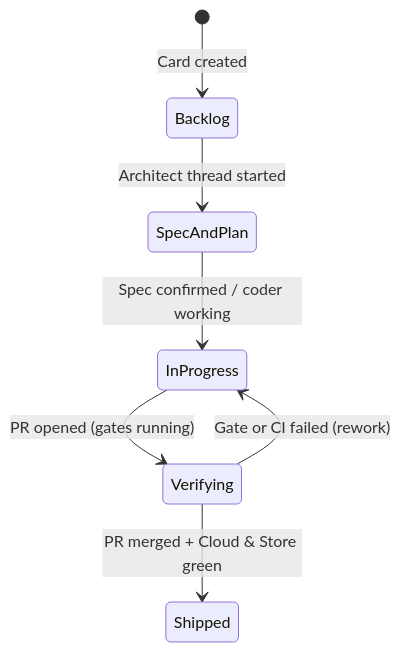
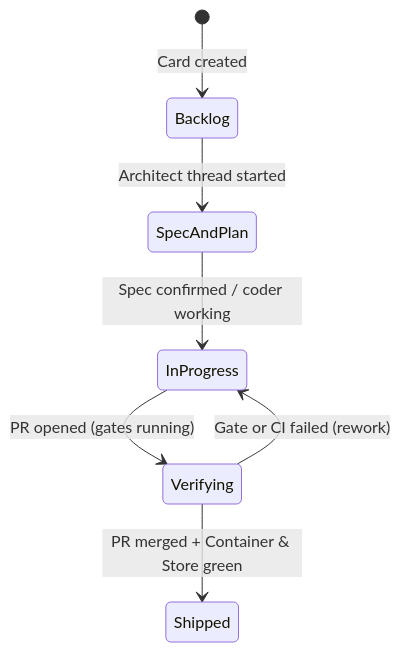
Before and after one commit to marcjazz/another-agentic-system: the second of 2 diagrams in docs/decisions/0072-app-factory-board-and-model-selection.md, drawn with Mermaid. The commit also changed other lines of this file and 2 other files, not shown here.

````diff
--- a/docs/decisions/0072-app-factory-board-and-model-selection.md
+++ b/docs/decisions/0072-app-factory-board-and-model-selection.md
@@ -59,9 +64,9 @@
 ```mermaid
 stateDiagram-v2
   [*] --> Backlog: Card created
   Backlog --> SpecAndPlan: Architect thread started
   SpecAndPlan --> InProgress: Spec confirmed / coder working
   InProgress --> Verifying: PR opened (gates running)
   Verifying --> InProgress: Gate or CI failed (rework)
-  Verifying --> Shipped: PR merged + Cloud & Store green
+  Verifying --> Shipped: PR merged + Container & Store green
 ```
````
